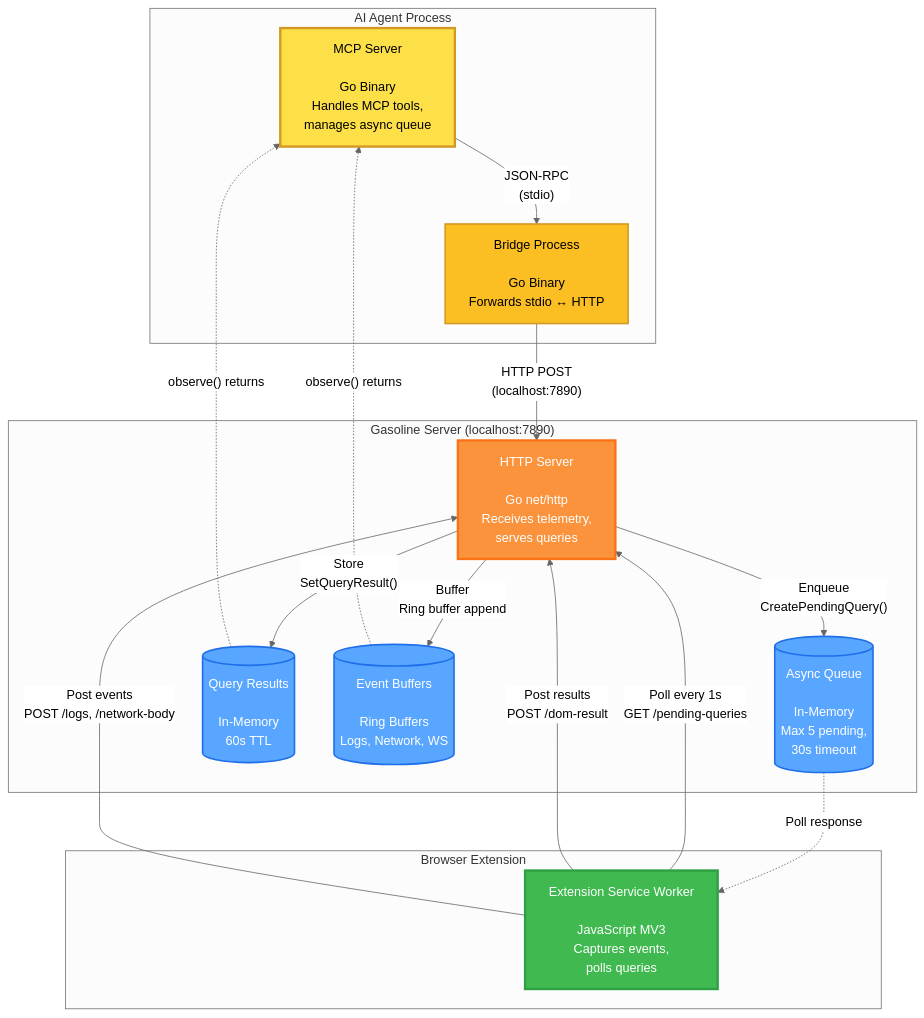
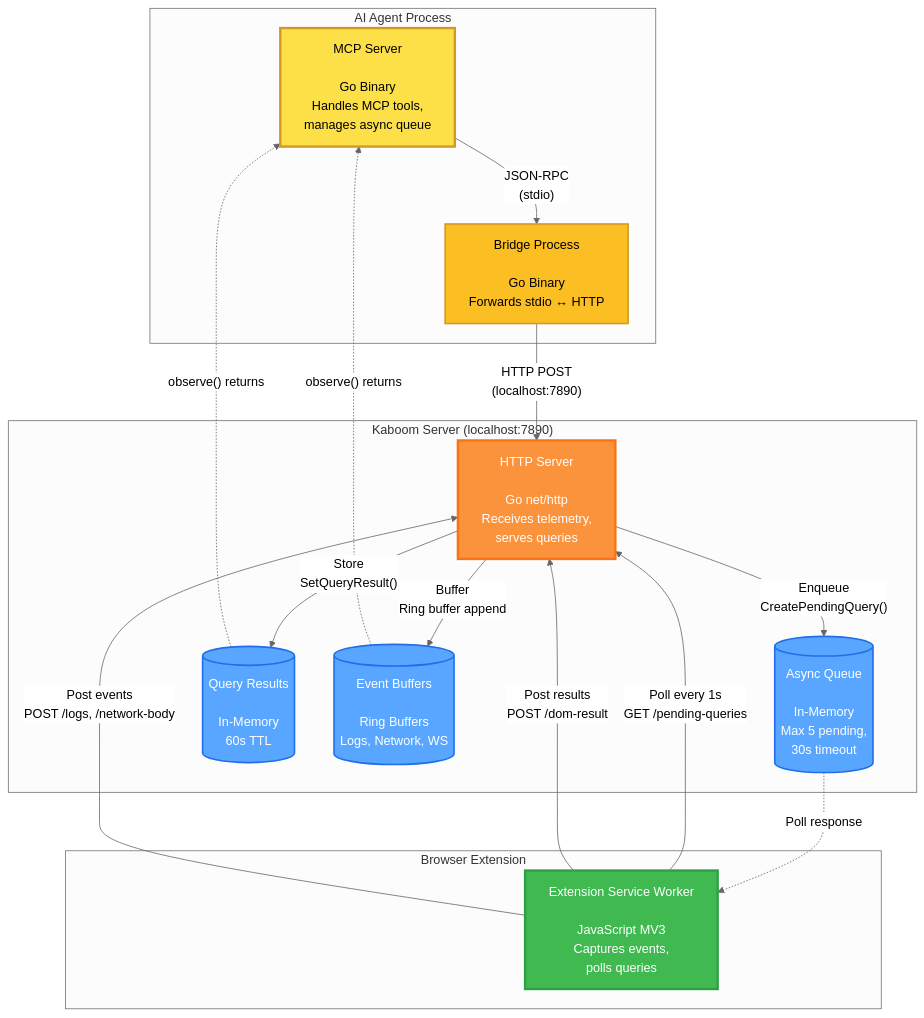
The second of 10 diagrams in docs/architecture/diagrams/system-architecture.md (brennhill/gasoline-mcp-ai-devtools), drawn with Mermaid (neutral theme) before and after one commit. The commit also changed other lines of this file and 1983 other files, not shown here.

````diff
--- a/docs/architecture/diagrams/system-architecture.md
+++ b/docs/architecture/diagrams/system-architecture.md
@@ -42,44 +42,44 @@
 ```mermaid
 graph TB
     subgraph AI["AI Agent Process"]
         MCP["MCP Server<br/><br/>Go Binary<br/>Handles MCP tools,<br/>manages async queue"]
         Bridge["Bridge Process<br/><br/>Go Binary<br/>Forwards stdio ↔ HTTP"]
     end
 
-    subgraph Server["Gasoline Server (localhost:7890)"]
+    subgraph Server["Kaboom Server (localhost:7890)"]
         HTTP["HTTP Server<br/><br/>Go net/http<br/>Receives telemetry,<br/>serves queries"]
 
         Queue[("Async Queue<br/><br/>In-Memory<br/>Max 5 pending,<br/>30s timeout")]
 
         Results[("Query Results<br/><br/>In-Memory<br/>60s TTL")]
 
         Logs[("Event Buffers<br/><br/>Ring Buffers<br/>Logs, Network, WS")]
     end
 
     subgraph Browser["Browser Extension"]
         Ext["Extension Service Worker<br/><br/>JavaScript MV3<br/>Captures events,<br/>polls queries"]
     end
 
     MCP -->|"JSON-RPC<br/>(stdio)"| Bridge
     Bridge -->|"HTTP POST<br/>(localhost:7890)"| HTTP
 
     HTTP -->|"Enqueue<br/>CreatePendingQuery()"| Queue
     HTTP -->|"Store<br/>SetQueryResult()"| Results
     HTTP -->|"Buffer<br/>Ring buffer append"| Logs
 
     Ext -->|"Poll every 1s<br/>GET /pending-queries"| HTTP
     Ext -->|"Post results<br/>POST /dom-result"| HTTP
     Ext -->|"Post events<br/>POST /logs, /network-body"| HTTP
 
     Queue -.->|"Poll response"| Ext
     Results -.->|"observe() returns"| MCP
     Logs -.->|"observe() returns"| MCP
 
     style MCP fill:#fde047,stroke:#d29922,stroke-width:3px
     style Bridge fill:#fbbf24,stroke:#d29922,stroke-width:2px
     style HTTP fill:#fb923c,stroke:#f97316,stroke-width:3px,color:#fff
     style Ext fill:#3fb950,stroke:#2ea043,stroke-width:3px,color:#fff
     style Queue fill:#58a6ff,stroke:#1f6feb,stroke-width:2px,color:#fff
     style Results fill:#58a6ff,stroke:#1f6feb,stroke-width:2px,color:#fff
     style Logs fill:#58a6ff,stroke:#1f6feb,stroke-width:2px,color:#fff
 ```
````
